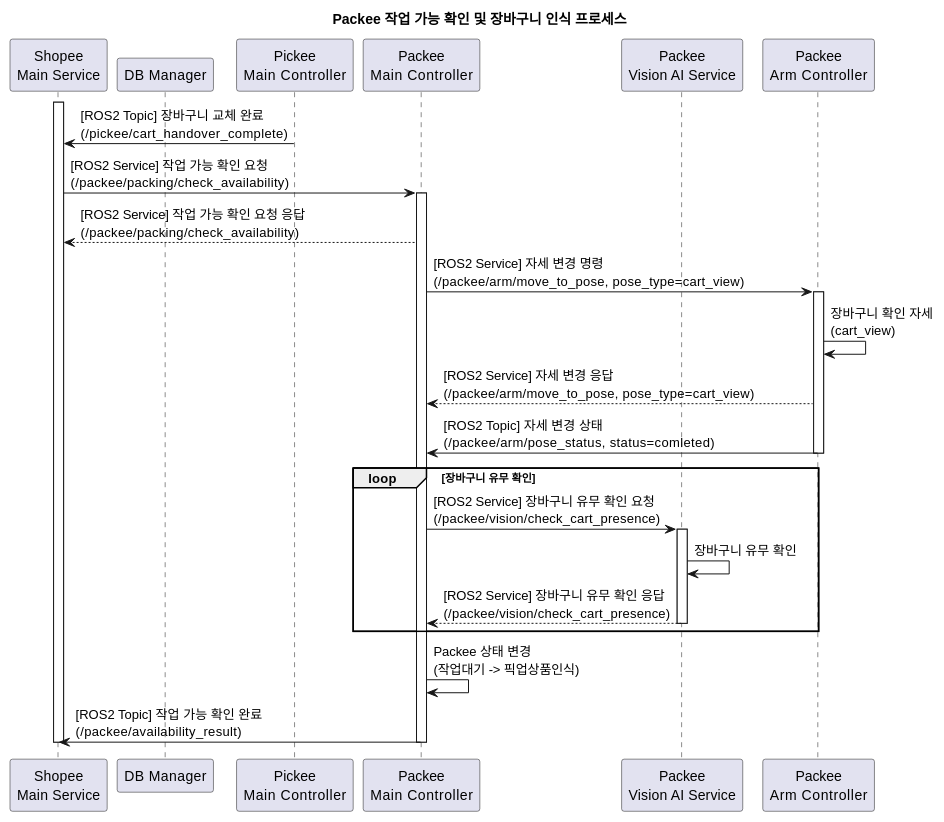
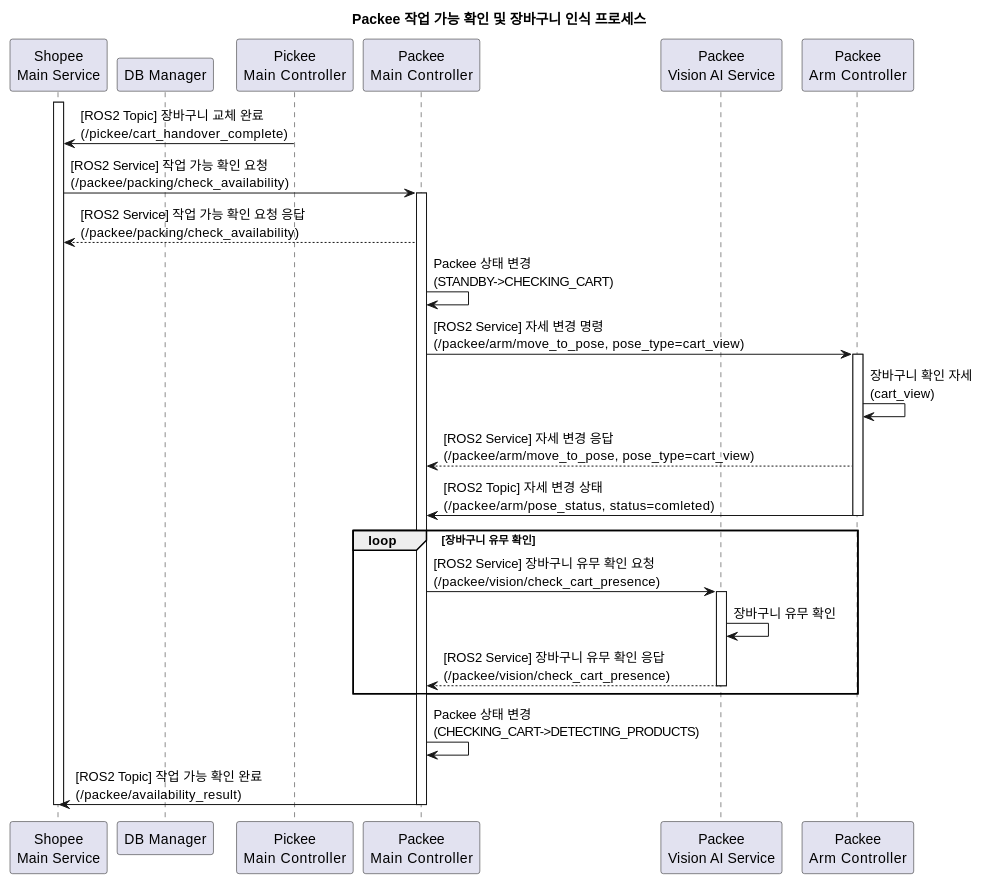
The diagram in docs/SequenceDiagram/SC_03_3.md (addinedu-roscamp-7th/roscamp-repo-1), drawn with PlantUML before and after one commit. The commit also changed 18 other files, not shown here.

```diff
--- a/docs/SequenceDiagram/SC_03_3.md
+++ b/docs/SequenceDiagram/SC_03_3.md
@@ -1,47 +1,49 @@
 @startuml
 title Packee 작업 가능 확인 및 장바구니 인식 프로세스
 
-participant "Shopee\nMain Service" as Shopee
-participant "DB Manager" as DB
-participant "Pickee\nMain Controller" as Pickee
-participant "Packee\nMain Controller" as PackeeCtrl
-participant "Packee\nVision AI Service" as Vision
-participant "Packee\nArm Controller" as ArmCtrl
+participant "Shopee\nMain Service" as main
+participant "DB Manager" as db
+participant "Pickee\nMain Controller" as pickee
+participant "Packee\nMain Controller" as packee_main
+participant "Packee\nVision AI Service" as packee_vision
+participant "Packee\nArm Controller" as packee_arm
 
-activate Shopee
+activate main
 
-Pickee -> Shopee: [ROS2 Topic] 장바구니 교체 완료\n(/pickee/cart_handover_complete)
+pickee -> main: [ROS2 Topic] 장바구니 교체 완료\n(/pickee/cart_handover_complete)
 
-Shopee -> PackeeCtrl: [ROS2 Service] 작업 가능 확인 요청\n(/packee/packing/check_availability)
-activate PackeeCtrl
+main -> packee_main: [ROS2 Service] 작업 가능 확인 요청\n(/packee/packing/check_availability)
+activate packee_main
 
-PackeeCtrl --> Shopee: [ROS2 Service] 작업 가능 확인 요청 응답\n(/packee/packing/check_availability)
+packee_main --> main: [ROS2 Service] 작업 가능 확인 요청 응답\n(/packee/packing/check_availability)
 
-PackeeCtrl -> ArmCtrl: [ROS2 Service] 자세 변경 명령\n(/packee/arm/move_to_pose, pose_type=cart_view)
-activate ArmCtrl
+packee_main -> packee_main: Packee 상태 변경\n(STANDBY->CHECKING_CART)
 
-ArmCtrl -> ArmCtrl: 장바구니 확인 자세\n(cart_view)
+packee_main -> packee_arm: [ROS2 Service] 자세 변경 명령\n(/packee/arm/move_to_pose, pose_type=cart_view)
+activate packee_arm
 
-ArmCtrl --> PackeeCtrl: [ROS2 Service] 자세 변경 응답\n(/packee/arm/move_to_pose, pose_type=cart_view)
+packee_arm -> packee_arm: 장바구니 확인 자세\n(cart_view)
 
-ArmCtrl -> PackeeCtrl: [ROS2 Topic] 자세 변경 상태\n(/packee/arm/pose_status, status=comleted)
-deactivate ArmCtrl
+packee_arm --> packee_main: [ROS2 Service] 자세 변경 응답\n(/packee/arm/move_to_pose, pose_type=cart_view)
+
+packee_arm -> packee_main: [ROS2 Topic] 자세 변경 상태\n(/packee/arm/pose_status, status=comleted)
+deactivate packee_arm
 
 loop 장바구니 유무 확인
-    PackeeCtrl -> Vision: [ROS2 Service] 장바구니 유무 확인 요청\n(/packee/vision/check_cart_presence)
-    activate Vision
-    
-    Vision -> Vision: 장바구니 유무 확인
-    
-    Vision --> PackeeCtrl: [ROS2 Service] 장바구니 유무 확인 응답\n(/packee/vision/check_cart_presence)
-    deactivate Vision
+    packee_main -> packee_vision: [ROS2 Service] 장바구니 유무 확인 요청\n(/packee/vision/check_cart_presence)
+    activate packee_vision
+
+    packee_vision -> packee_vision: 장바구니 유무 확인
+
+    packee_vision --> packee_main: [ROS2 Service] 장바구니 유무 확인 응답\n(/packee/vision/check_cart_presence)
+    deactivate packee_vision
 end
 
-PackeeCtrl -> PackeeCtrl: Packee 상태 변경\n(작업대기 -> 픽업상품인식)
+packee_main -> packee_main: Packee 상태 변경\n(CHECKING_CART->DETECTING_PRODUCTS)
 
-PackeeCtrl -> Shopee: [ROS2 Topic] 작업 가능 확인 완료\n(/packee/availability_result)
+packee_main -> main: [ROS2 Topic] 작업 가능 확인 완료\n(/packee/availability_result)
 
-deactivate PackeeCtrl
-deactivate Shopee
+deactivate packee_main
+deactivate main
 
 @enduml
```
